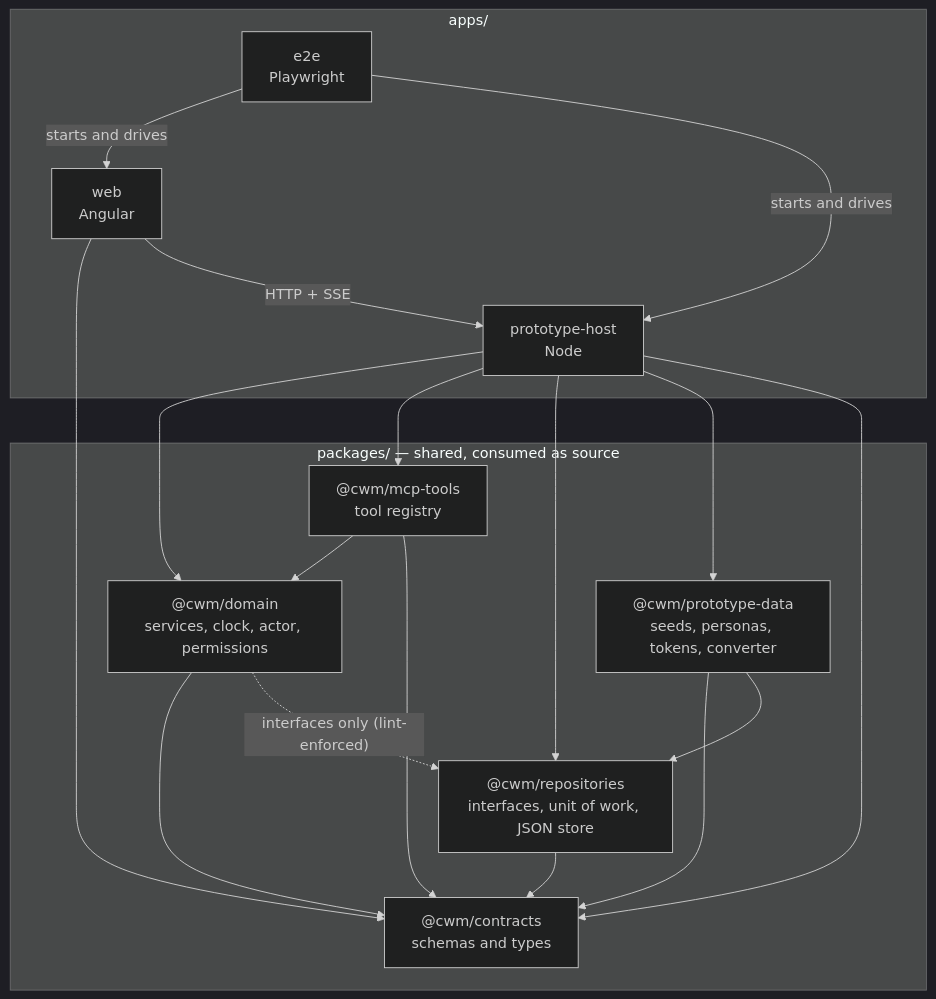
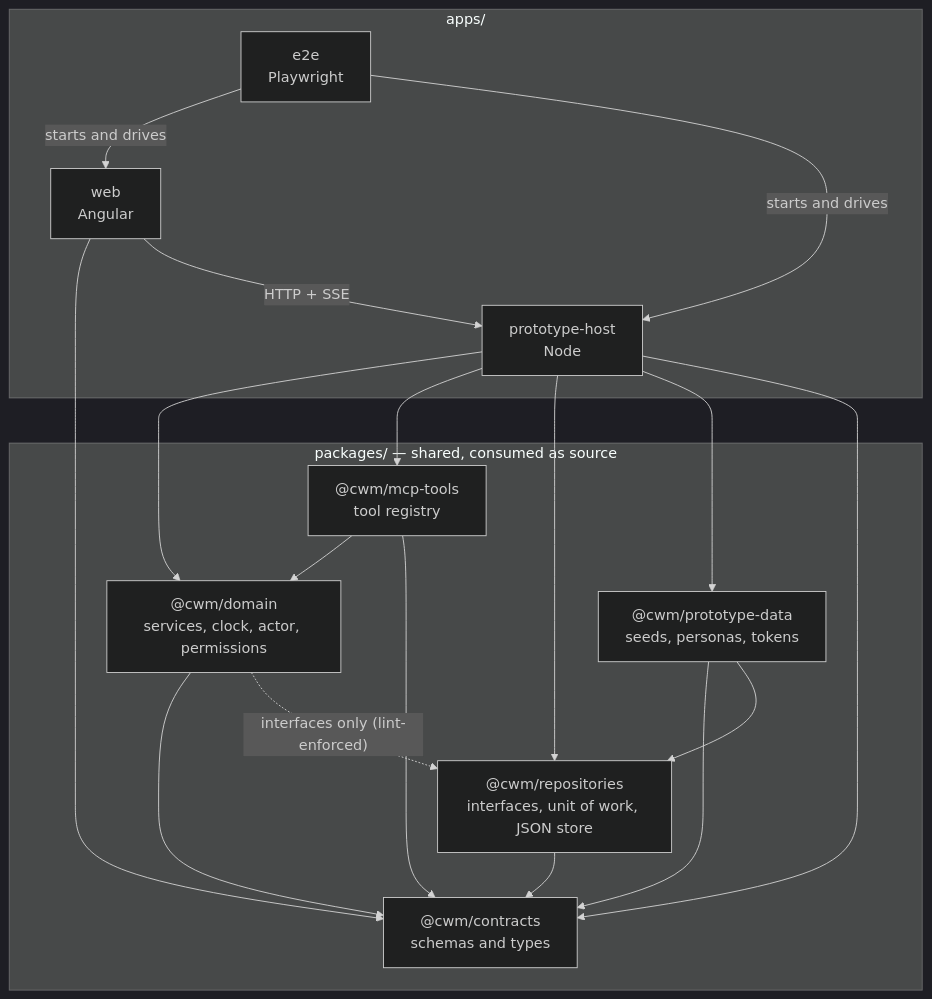
Before and after one commit to CalciteDragon/Canvas-work-manager-prototype: the third of 4 diagrams in docs/architecture/what.md, drawn with Mermaid (dark theme). The commit also changed 142 other files, not shown here.

````diff
--- a/docs/architecture/what.md
+++ b/docs/architecture/what.md
@@ -52,31 +52,31 @@
 ```mermaid
 flowchart TB
   subgraph packages["packages/ — shared, consumed as source"]
     contracts["@cwm/contracts<br/>schemas and types"]
     repositories["@cwm/repositories<br/>interfaces, unit of work, JSON store"]
     domain["@cwm/domain<br/>services, clock, actor, permissions"]
     mcp["@cwm/mcp-tools<br/>tool registry"]
-    data["@cwm/prototype-data<br/>seeds, personas, tokens, converter"]
+    data["@cwm/prototype-data<br/>seeds, personas, tokens"]
   end
   subgraph apps["apps/"]
     web["web<br/>Angular"]
     host["prototype-host<br/>Node"]
     e2e["e2e<br/>Playwright"]
   end
   repositories --> contracts
   domain --> contracts
   domain -. "interfaces only (lint-enforced)" .-> repositories
   mcp --> domain
   mcp --> contracts
   data --> contracts
   data --> repositories
   host --> domain
   host --> mcp
   host --> repositories
   host --> data
   host --> contracts
   web --> contracts
   web -- "HTTP + SSE" --> host
   e2e -- "starts and drives" --> web
   e2e -- "starts and drives" --> host
 ```
````
